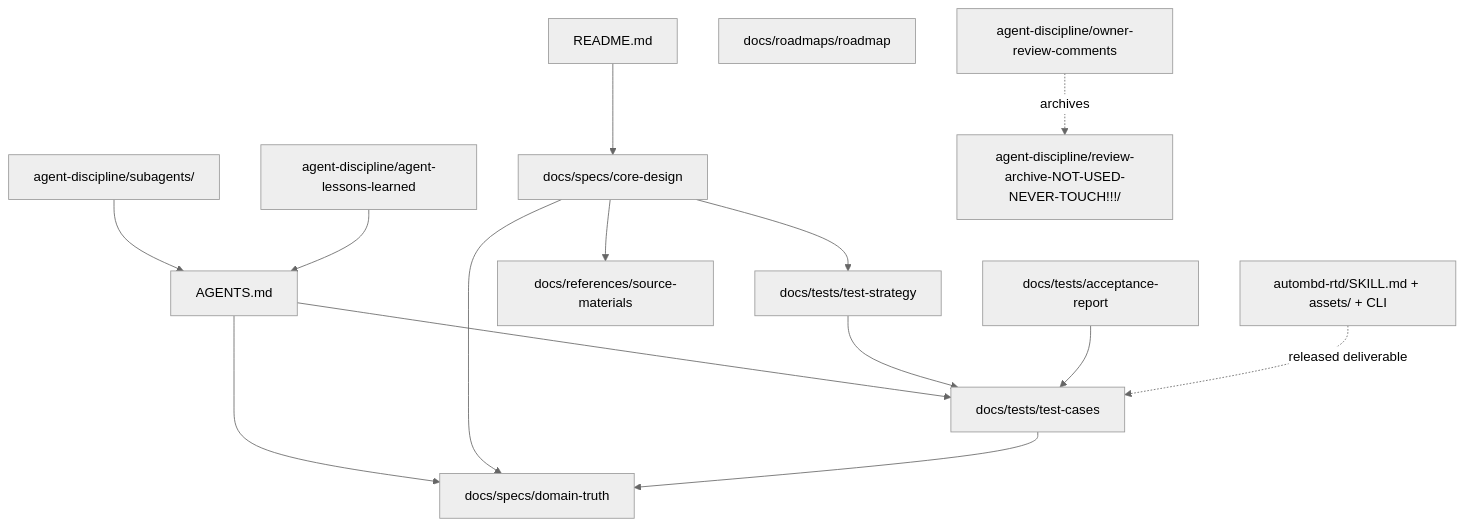
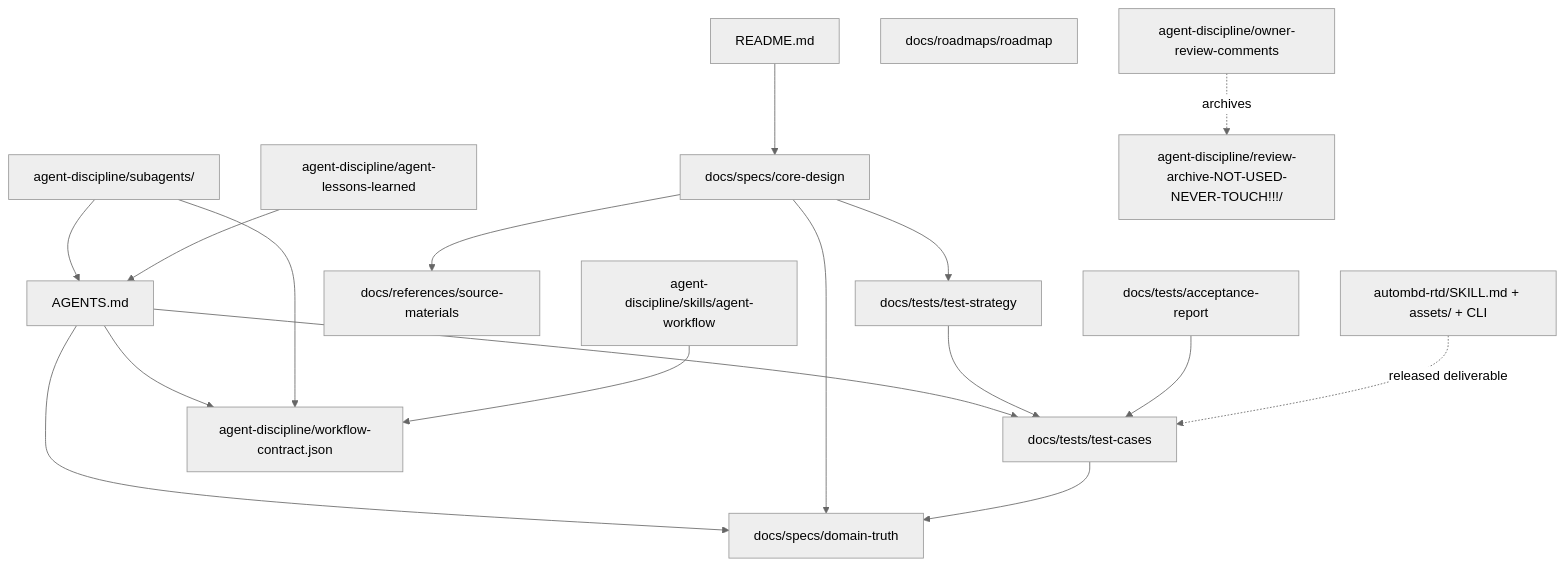
Before and after one commit to autoMBD/autombd-rtd-config: the diagram in agent-discipline/documentation-governance.md, drawn with Mermaid (neutral theme). The commit also changed other lines of this file and 8 other files, not shown here.

Commit message:
Add canonical agent workflow contract

````diff
--- a/agent-discipline/documentation-governance.md
+++ b/agent-discipline/documentation-governance.md
@@ -125,17 +138,20 @@
 ```mermaid
 flowchart TD
   README["README.md"] --> CORE["docs/specs/core-design"]
   AGENTS["AGENTS.md"] --> DT["docs/specs/domain-truth"]
   AGENTS --> TC["docs/tests/test-cases"]
   CORE --> DT
   CORE --> TS["docs/tests/test-strategy"]
   CORE --> SM["docs/references/source-materials"]
   TS --> TC
   TC --> DT
   AR["docs/tests/acceptance-report"] --> TC
   RM["docs/roadmaps/roadmap"]
   ROLES["agent-discipline/subagents/"] --> AGENTS
   LL["agent-discipline/agent-lessons-learned"] --> AGENTS
   CT["agent-discipline/owner-review-comments"] -.archives.-> OBS["agent-discipline/review-archive-NOT-USED-NEVER-TOUCH!!!/"]
   SKILL["autombd-rtd/SKILL.md + assets/ + CLI"] -. released deliverable .-> TC
+  AGENTS --> WC["agent-discipline/workflow-contract.json"]
+  ROLES --> WC
+  AWS["agent-discipline/skills/agent-workflow"] --> WC
 ```
````
